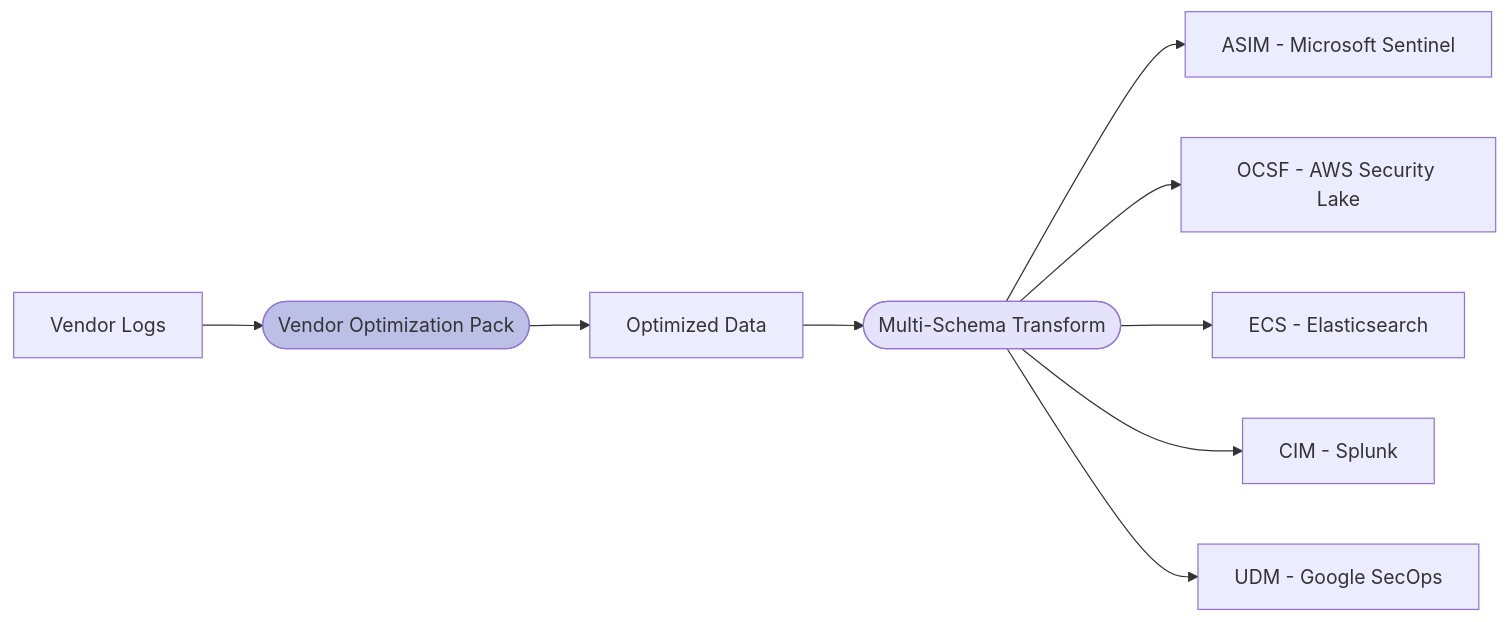
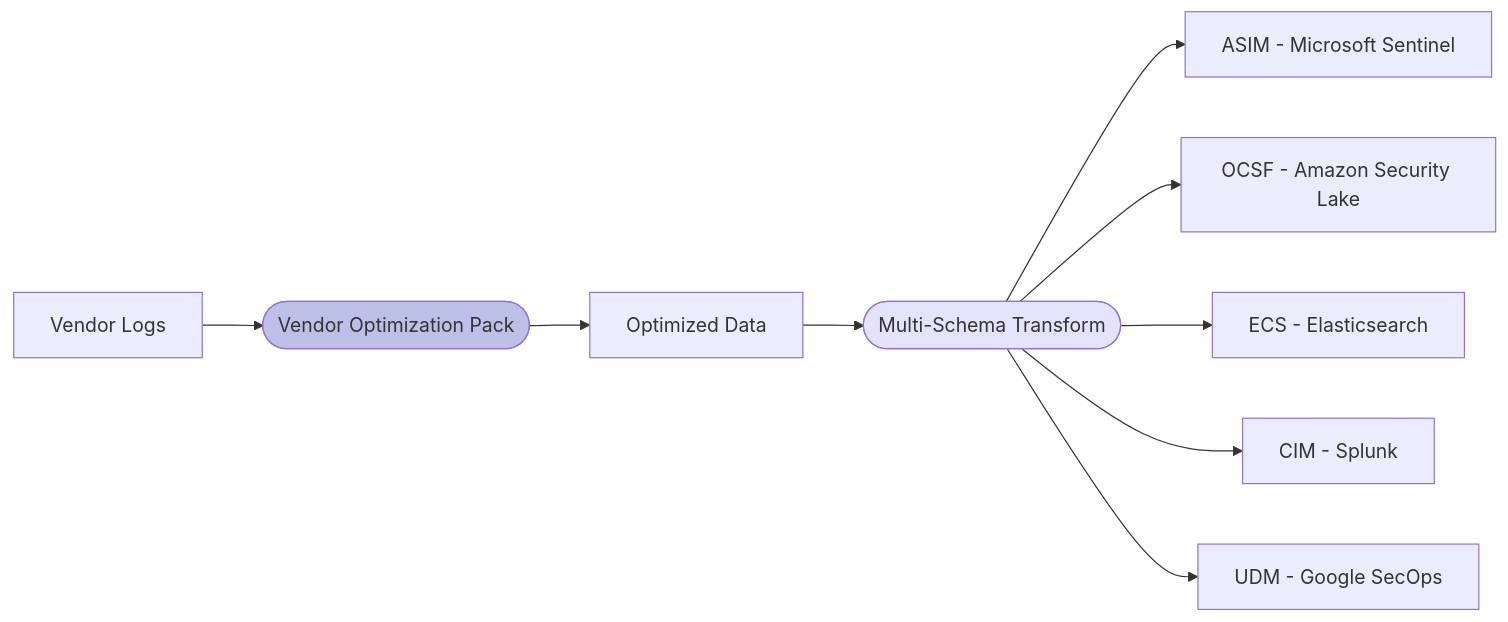
The second of 11 diagrams in docs/about/siem-optimization.mdx (VirtualMetric/virtualmetric-docs), drawn with Mermaid before and after one commit. The commit also changed other lines of this file and 29 other files, not shown here.

Commit message:
All instances of AWS were replaced with Amazon

````diff
--- a/docs/about/siem-optimization.mdx
+++ b/docs/about/siem-optimization.mdx
@@ -80,17 +80,17 @@
 ```mermaid
 graph LR
     Vendor[Vendor Logs] --> Pack([Vendor Optimization Pack])
     
     Pack --> Optimized[Optimized Data]
     
     Optimized --> Schema([Multi-Schema Transform])
     
     Schema --> ASIM[ASIM - Microsoft Sentinel]
-    Schema --> OCSF[OCSF - AWS Security Lake]
+    Schema --> OCSF[OCSF - Amazon Security Lake]
     Schema --> ECS[ECS - Elasticsearch]
     Schema --> CIM[CIM - Splunk]
     Schema --> UDM[UDM - Google SecOps]
     
     style Pack fill:#BCC0E7
     style Schema fill:#E5E2FB
 ```
````
